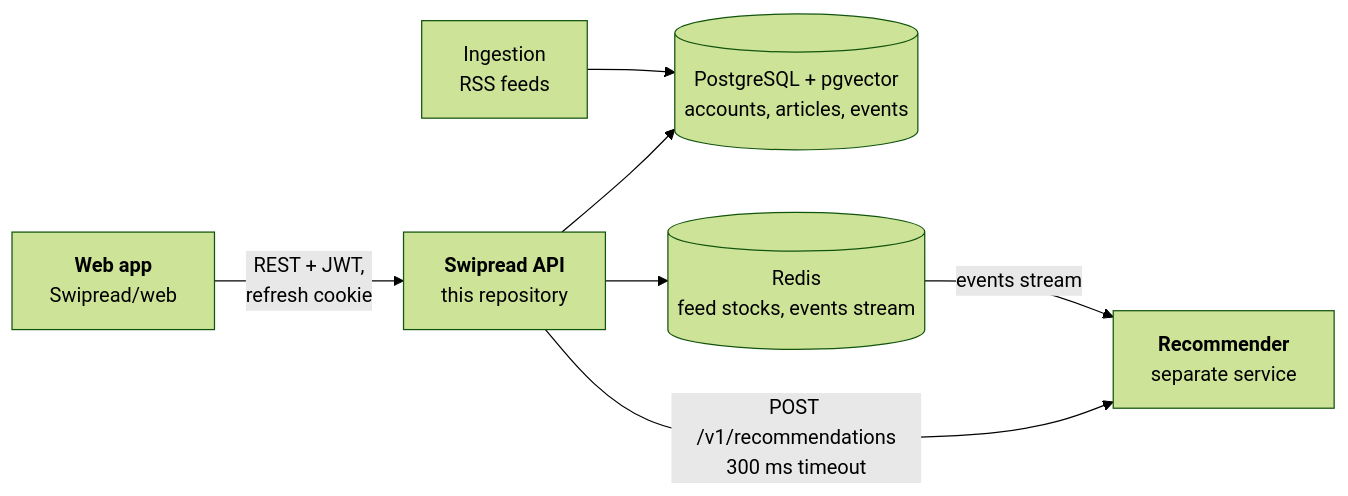
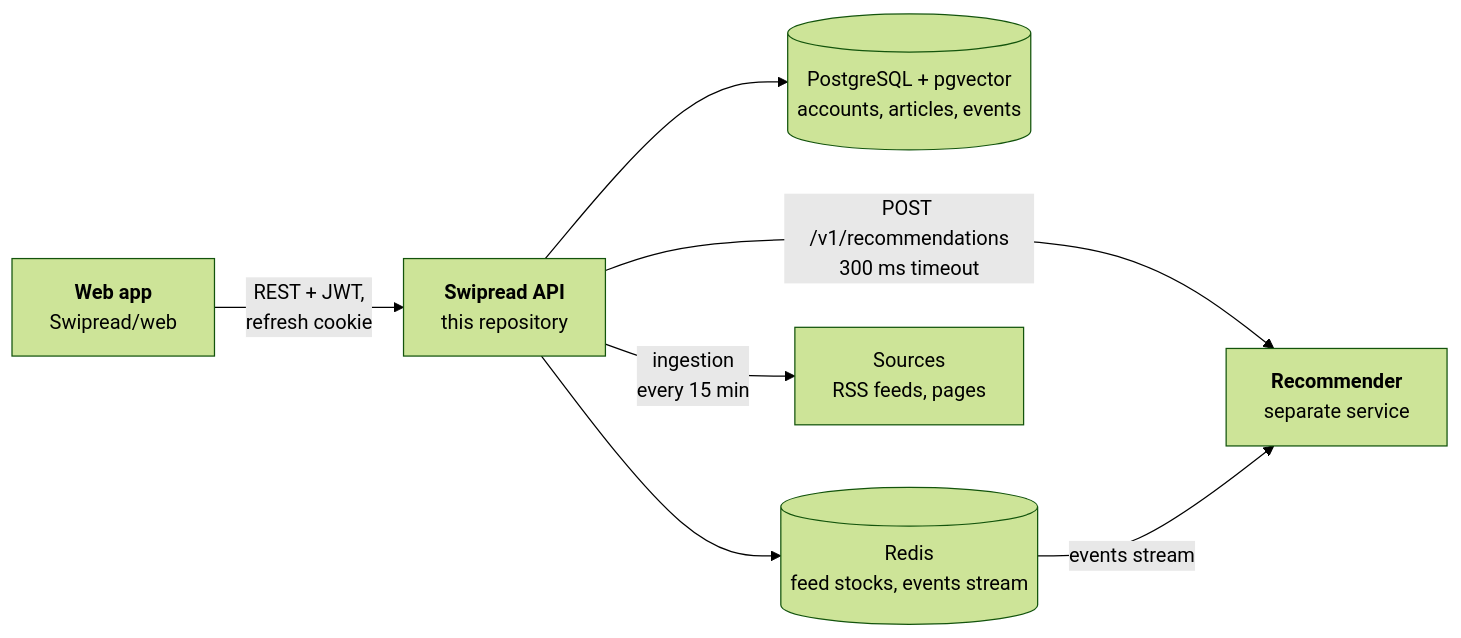
Before and after one commit to Swipread/api: the diagram in README.md, drawn with Mermaid (forest theme). The commit also changed other lines of this file and 9 other files, not shown here.

Commit message:
docs: describe the ingestion in the architecture, configuration, decisions, flows and operations

````diff
--- a/README.md
+++ b/README.md
@@ -30,9 +30,9 @@
 ```mermaid
 flowchart LR
     Web["<b>Web app</b><br/>Swipread/web"] -- "REST + JWT,<br/>refresh cookie" --> API["<b>Swipread API</b><br/>this repository"]
     API --> PG[(PostgreSQL + pgvector<br/>accounts, articles, events)]
     API --> Redis[(Redis<br/>feed stocks, events stream)]
     API -- "POST /v1/recommendations<br/>300 ms timeout" --> Reco["<b>Recommender</b><br/>separate service"]
     Redis -- "events stream" --> Reco
-    Ingest["Ingestion<br/>RSS feeds"] --> PG
+    API -- "ingestion<br/>every 15 min" --> Feeds["Sources<br/>RSS feeds, pages"]
 ```
````
